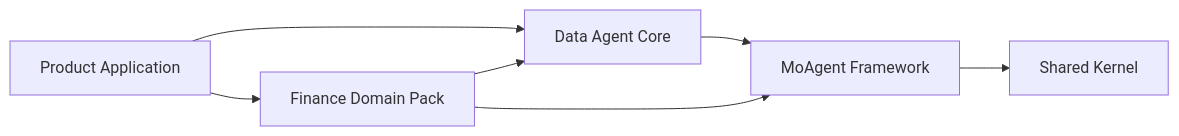
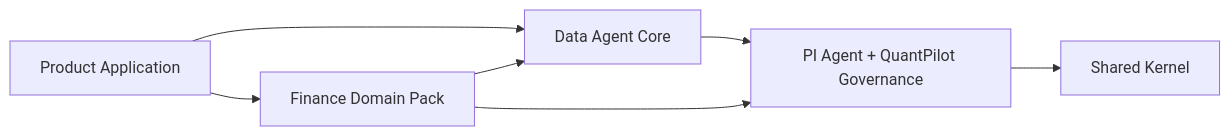
Before and after one commit to xbzz1018/SignalForge: the diagram in docs/data-agent-architecture.md, drawn with Mermaid. The commit also changed other lines of this file and 28 other files, not shown here.

````diff
--- a/docs/data-agent-architecture.md
+++ b/docs/data-agent-architecture.md
@@ -28,9 +29,9 @@
 ```mermaid
 flowchart LR
   APP[Product Application] --> DA[Data Agent Core]
   APP --> FD[Finance Domain Pack]
   FD --> DA
-  DA --> MA[MoAgent Framework]
+  DA --> MA[PI Agent + QuantPilot Governance]
   FD --> MA
   MA --> SK[Shared Kernel]
 ```
````
